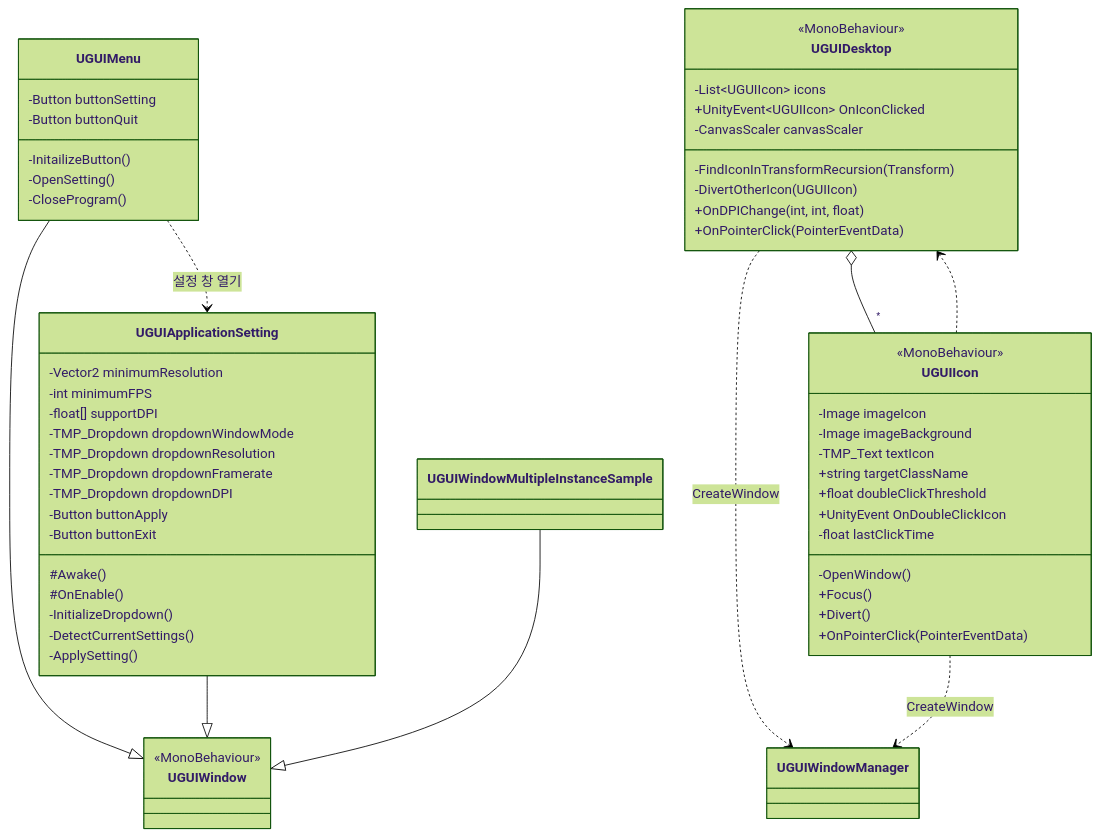
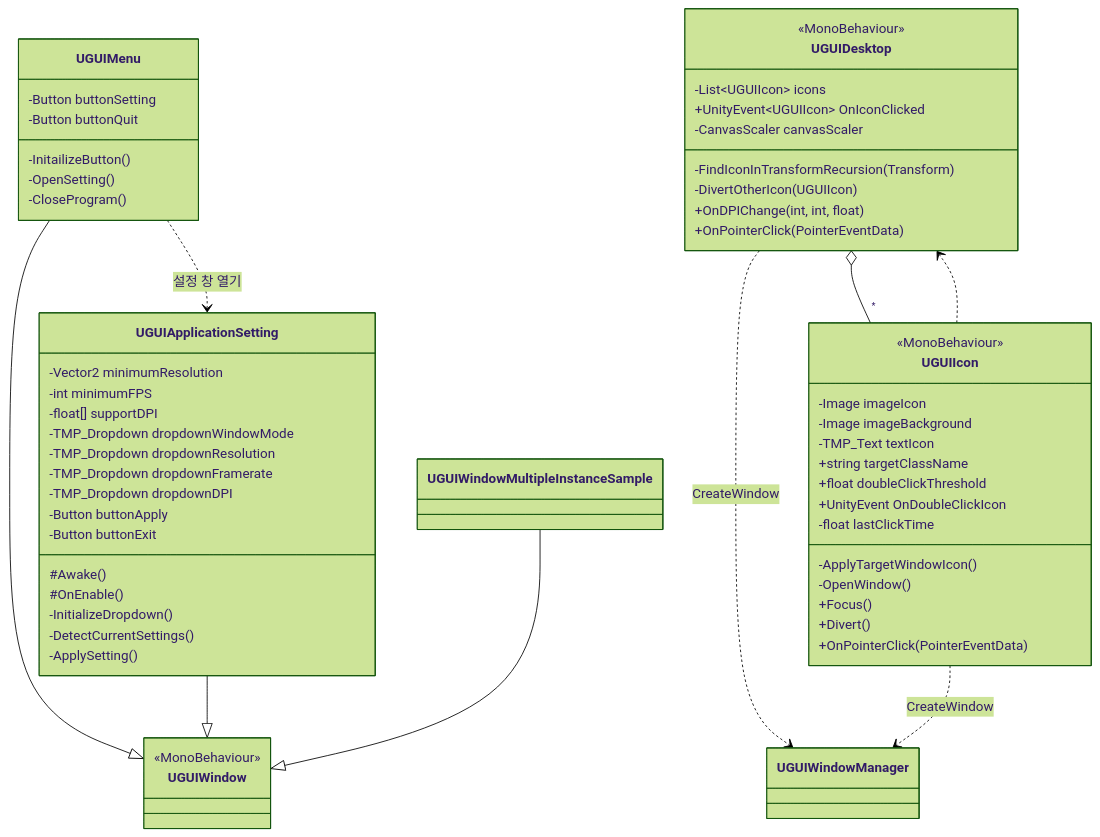
One commit to ThunderVolt45/UGUI-Window-Sample changed the diagram in docs/class-diagram/Sample.md. Above: the diagram before and after it, drawn with Mermaid (forest theme). The commit also changed other lines of this file and 9 other files, not shown here.

````diff
--- a/docs/class-diagram/Sample.md
+++ b/docs/class-diagram/Sample.md
@@ -8,72 +8,73 @@
 ```mermaid
 classDiagram
     direction TB
 
     class UGUIWindow {
         <<MonoBehaviour>>
     }
 
     class UGUIMenu {
         -Button buttonSetting
         -Button buttonQuit
         -InitailizeButton()
         -OpenSetting()
         -CloseProgram()
     }
 
     class UGUIApplicationSetting {
         -Vector2 minimumResolution
         -int minimumFPS
         -float[] supportDPI
         -TMP_Dropdown dropdownWindowMode
         -TMP_Dropdown dropdownResolution
         -TMP_Dropdown dropdownFramerate
         -TMP_Dropdown dropdownDPI
         -Button buttonApply
         -Button buttonExit
         #Awake()
         #OnEnable()
         -InitializeDropdown()
         -DetectCurrentSettings()
         -ApplySetting()
     }
 
     class UGUIWindowMultipleInstanceSample {
     }
 
     class UGUIDesktop {
         <<MonoBehaviour>>
         -List~UGUIIcon~ icons
         +UnityEvent~UGUIIcon~ OnIconClicked
         -CanvasScaler canvasScaler
         -FindIconInTransformRecursion(Transform)
         -DivertOtherIcon(UGUIIcon)
         +OnDPIChange(int, int, float)
         +OnPointerClick(PointerEventData)
     }
 
     class UGUIIcon {
         <<MonoBehaviour>>
         -Image imageIcon
         -Image imageBackground
         -TMP_Text textIcon
         +string targetClassName
         +float doubleClickThreshold
         +UnityEvent OnDoubleClickIcon
         -float lastClickTime
+        -ApplyTargetWindowIcon()
         -OpenWindow()
         +Focus()
         +Divert()
         +OnPointerClick(PointerEventData)
     }
 
     UGUIMenu --|> UGUIWindow
     UGUIApplicationSetting --|> UGUIWindow
     UGUIWindowMultipleInstanceSample --|> UGUIWindow
 
     UGUIDesktop o-- "*" UGUIIcon
     UGUIIcon ..> UGUIDesktop
     UGUIDesktop ..> UGUIWindowManager : CreateWindow
     UGUIIcon ..> UGUIWindowManager : CreateWindow
     UGUIMenu ..> UGUIApplicationSetting : 설정 창 열기
 ```
````
